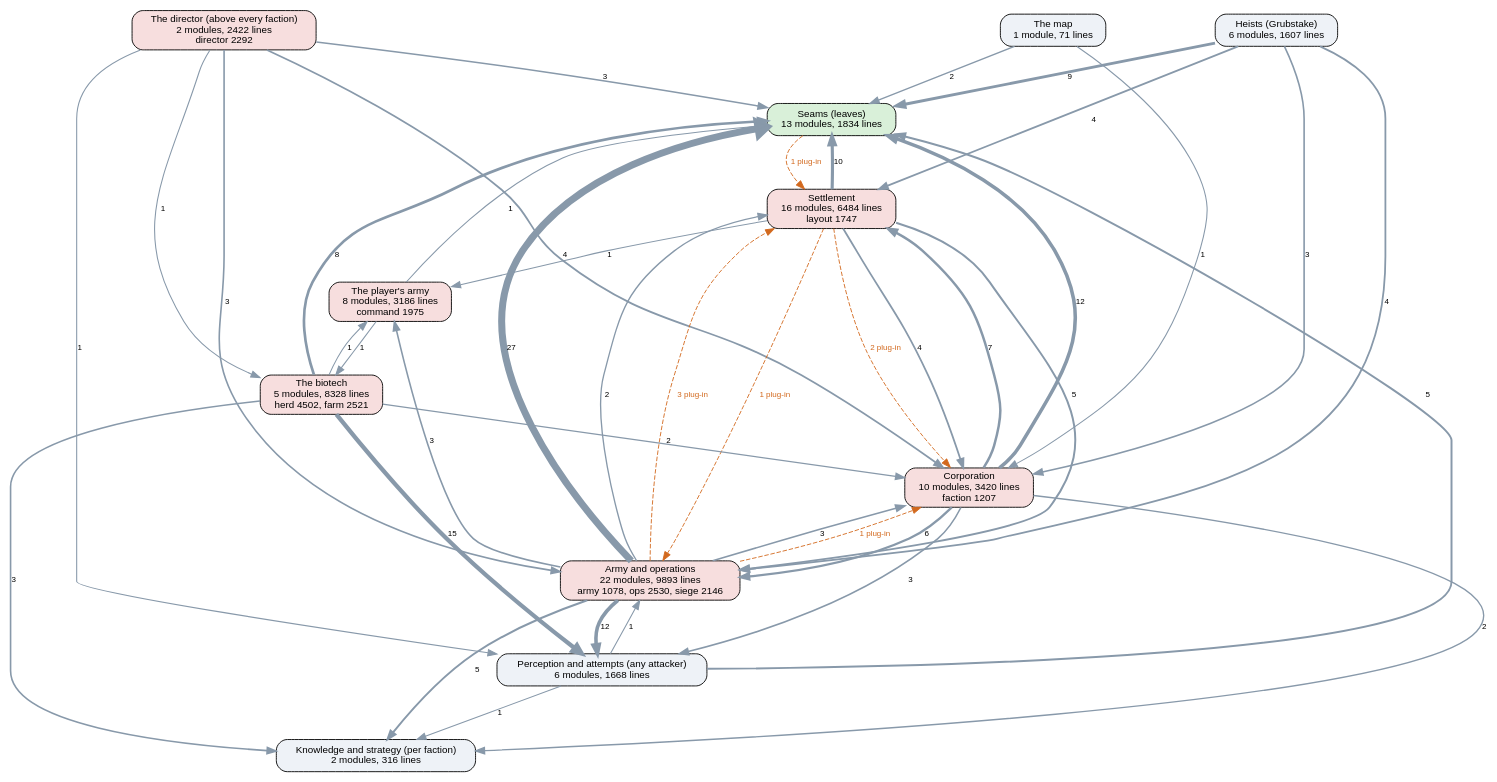
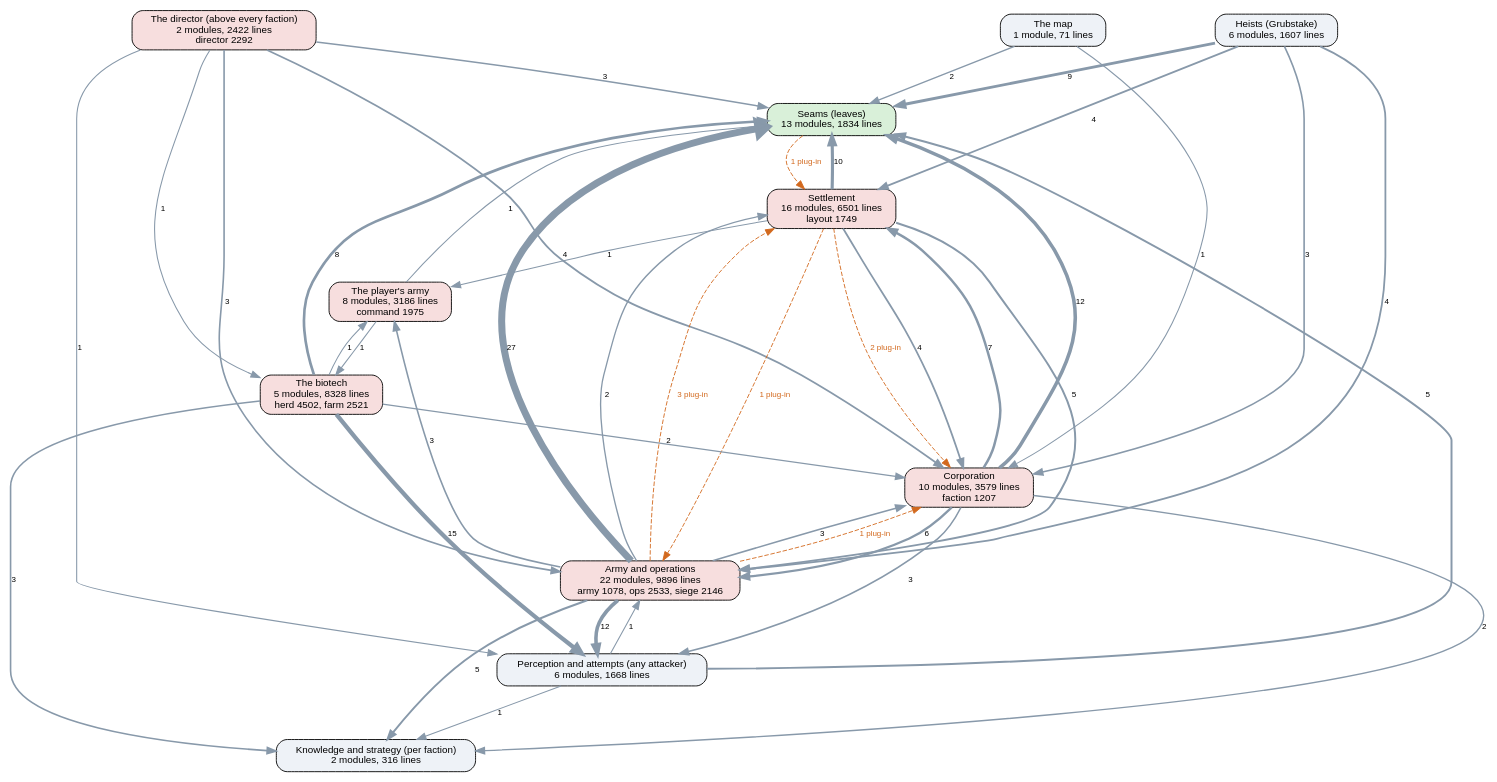
The diagram in docs/ai-layers.dot (kinelhu/landing-party), drawn with Graphviz before and after one commit. The commit also changed 28 other files, not shown here.

```diff
--- a/docs/ai-layers.dot
+++ b/docs/ai-layers.dot
@@ -1,57 +1,57 @@
 digraph layers {
   graph [rankdir=TB, fontname="Helvetica", nodesep=0.5, ranksep=0.7];
   node [shape=box, style="rounded,filled", fontname="Helvetica", fontsize=11, fillcolor="#eef2f7"];
   edge [color="#8899aa", fontname="Helvetica", fontsize=9];
   "Seams (leaves)" [label="Seams (leaves)\n13 modules, 1834 lines", fillcolor="#d9f0d9"];
   "Perception and attempts (any attacker)" [label="Perception and attempts (any attacker)\n6 modules, 1668 lines", fillcolor="#eef2f7"];
   "Knowledge and strategy (per faction)" [label="Knowledge and strategy (per faction)\n2 modules, 316 lines", fillcolor="#eef2f7"];
   "The director (above every faction)" [label="The director (above every faction)\n2 modules, 2422 lines\ndirector 2292", fillcolor="#f7dede"];
-  "Corporation" [label="Corporation\n10 modules, 3420 lines\nfaction 1207", fillcolor="#f7dede"];
-  "Settlement" [label="Settlement\n16 modules, 6484 lines\nlayout 1747", fillcolor="#f7dede"];
-  "Army and operations" [label="Army and operations\n22 modules, 9893 lines\narmy 1078, ops 2530, siege 2146", fillcolor="#f7dede"];
+  "Corporation" [label="Corporation\n10 modules, 3579 lines\nfaction 1207", fillcolor="#f7dede"];
+  "Settlement" [label="Settlement\n16 modules, 6501 lines\nlayout 1749", fillcolor="#f7dede"];
+  "Army and operations" [label="Army and operations\n22 modules, 9896 lines\narmy 1078, ops 2533, siege 2146", fillcolor="#f7dede"];
   "Heists (Grubstake)" [label="Heists (Grubstake)\n6 modules, 1607 lines", fillcolor="#eef2f7"];
   "The biotech" [label="The biotech\n5 modules, 8328 lines\nherd 4502, farm 2521", fillcolor="#f7dede"];
   "The map" [label="The map\n1 module, 71 lines", fillcolor="#eef2f7"];
   "The player's army" [label="The player's army\n8 modules, 3186 lines\ncommand 1975", fillcolor="#f7dede"];
   "Army and operations" -> "Corporation" [label="3", penwidth=1.8];
   "Army and operations" -> "Knowledge and strategy (per faction)" [label="5", penwidth=2.2];
   "Army and operations" -> "Perception and attempts (any attacker)" [label="12", penwidth=4.0];
   "Army and operations" -> "Seams (leaves)" [label="27", penwidth=7.8];
   "Army and operations" -> "Settlement" [label="2", penwidth=1.5];
   "Army and operations" -> "The player's army" [label="3", penwidth=1.8];
   "Corporation" -> "Army and operations" [label="6", penwidth=2.5];
   "Corporation" -> "Knowledge and strategy (per faction)" [label="2", penwidth=1.5];
   "Corporation" -> "Perception and attempts (any attacker)" [label="3", penwidth=1.8];
   "Corporation" -> "Seams (leaves)" [label="12", penwidth=4.0];
   "Corporation" -> "Settlement" [label="7", penwidth=2.8];
   "Heists (Grubstake)" -> "Army and operations" [label="4", penwidth=2.0];
   "Heists (Grubstake)" -> "Corporation" [label="3", penwidth=1.8];
   "Heists (Grubstake)" -> "Seams (leaves)" [label="9", penwidth=3.2];
   "Heists (Grubstake)" -> "Settlement" [label="4", penwidth=2.0];
   "Perception and attempts (any attacker)" -> "Army and operations" [label="1", penwidth=1.2];
   "Perception and attempts (any attacker)" -> "Knowledge and strategy (per faction)" [label="1", penwidth=1.2];
   "Perception and attempts (any attacker)" -> "Seams (leaves)" [label="5", penwidth=2.2];
   "Settlement" -> "Army and operations" [label="5", penwidth=2.2];
   "Settlement" -> "Corporation" [label="4", penwidth=2.0];
   "Settlement" -> "Seams (leaves)" [label="10", penwidth=3.5];
   "Settlement" -> "The player's army" [label="1", penwidth=1.2];
   "The biotech" -> "Corporation" [label="2", penwidth=1.5];
   "The biotech" -> "Knowledge and strategy (per faction)" [label="3", penwidth=1.8];
   "The biotech" -> "Perception and attempts (any attacker)" [label="15", penwidth=4.8];
   "The biotech" -> "Seams (leaves)" [label="8", penwidth=3.0];
   "The biotech" -> "The player's army" [label="1", penwidth=1.2];
   "The director (above every faction)" -> "Army and operations" [label="3", penwidth=1.8];
   "The director (above every faction)" -> "Corporation" [label="4", penwidth=2.0];
   "The director (above every faction)" -> "Perception and attempts (any attacker)" [label="1", penwidth=1.2];
   "The director (above every faction)" -> "Seams (leaves)" [label="3", penwidth=1.8];
   "The director (above every faction)" -> "The biotech" [label="1", penwidth=1.2];
   "The map" -> "Corporation" [label="1", penwidth=1.2];
   "The map" -> "Seams (leaves)" [label="2", penwidth=1.5];
   "The player's army" -> "Seams (leaves)" [label="1", penwidth=1.2];
   "The player's army" -> "The biotech" [label="1", penwidth=1.2];
   "Army and operations" -> "Corporation" [style=dashed, color="#d2691e", fontcolor="#d2691e", label="1 plug-in"];
   "Army and operations" -> "Settlement" [style=dashed, color="#d2691e", fontcolor="#d2691e", label="3 plug-in"];
   "Seams (leaves)" -> "Settlement" [style=dashed, color="#d2691e", fontcolor="#d2691e", label="1 plug-in"];
   "Settlement" -> "Army and operations" [style=dashed, color="#d2691e", fontcolor="#d2691e", label="1 plug-in"];
   "Settlement" -> "Corporation" [style=dashed, color="#d2691e", fontcolor="#d2691e", label="2 plug-in"];
 }
```
